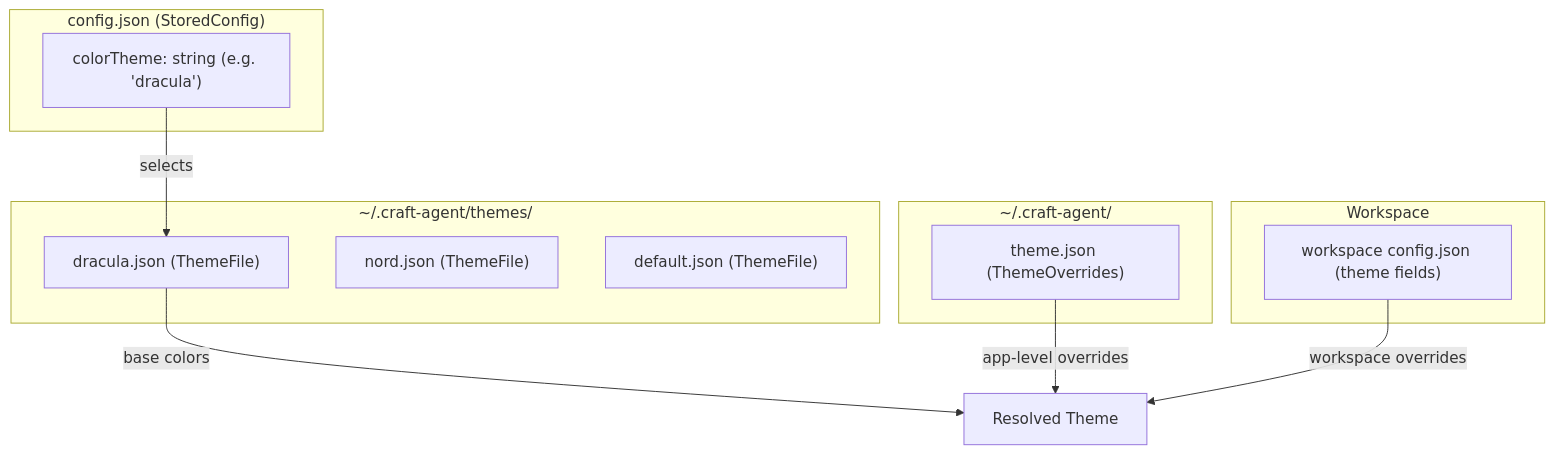
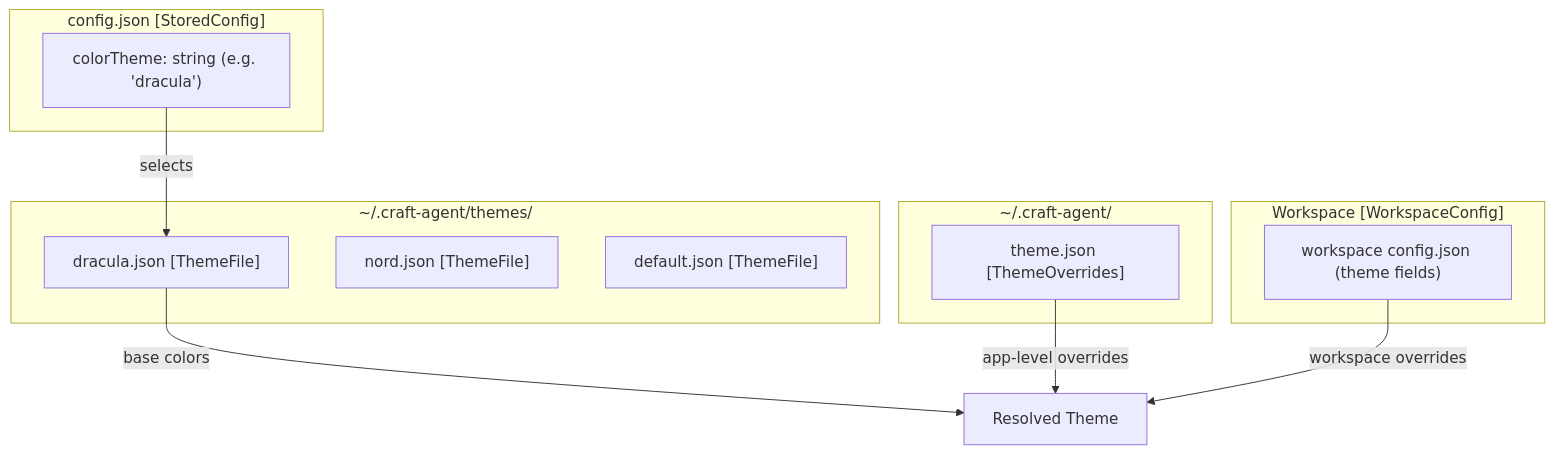
Before and after one commit to blackcater/zentree: the first of 3 diagrams in docs/lukilabs_craft-agents-oss/core-concepts/theme-system.md, drawn with Mermaid. The commit also changed other lines of this file and 232 other files, not shown here.

````diff
--- a/docs/lukilabs_craft-agents-oss/core-concepts/theme-system.md
+++ b/docs/lukilabs_craft-agents-oss/core-concepts/theme-system.md
@@ -45,25 +49,25 @@
 ```mermaid
 graph TB
-    subgraph "config.json (StoredConfig)"
+    subgraph "config.json [StoredConfig]"
         colorTheme["colorTheme: string (e.g. 'dracula')"]
     end
 
     subgraph "~/.craft-agent/themes/"
-        draculaJSON["dracula.json (ThemeFile)"]
-        nordJSON["nord.json (ThemeFile)"]
-        defaultJSON["default.json (ThemeFile)"]
+        draculaJSON["dracula.json [ThemeFile]"]
+        nordJSON["nord.json [ThemeFile]"]
+        defaultJSON["default.json [ThemeFile]"]
     end
 
     subgraph "~/.craft-agent/"
-        themeJSON["theme.json (ThemeOverrides)"]
+        themeJSON["theme.json [ThemeOverrides]"]
     end
 
-    subgraph "Workspace"
+    subgraph "Workspace [WorkspaceConfig]"
         wsTheme["workspace config.json (theme fields)"]
     end
 
     colorTheme -->|"selects"| draculaJSON
     draculaJSON -->|"base colors"| Resolved["Resolved Theme"]
     themeJSON -->|"app-level overrides"| Resolved
     wsTheme -->|"workspace overrides"| Resolved
 ```
````
